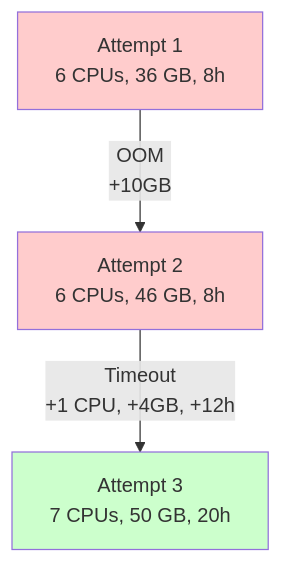
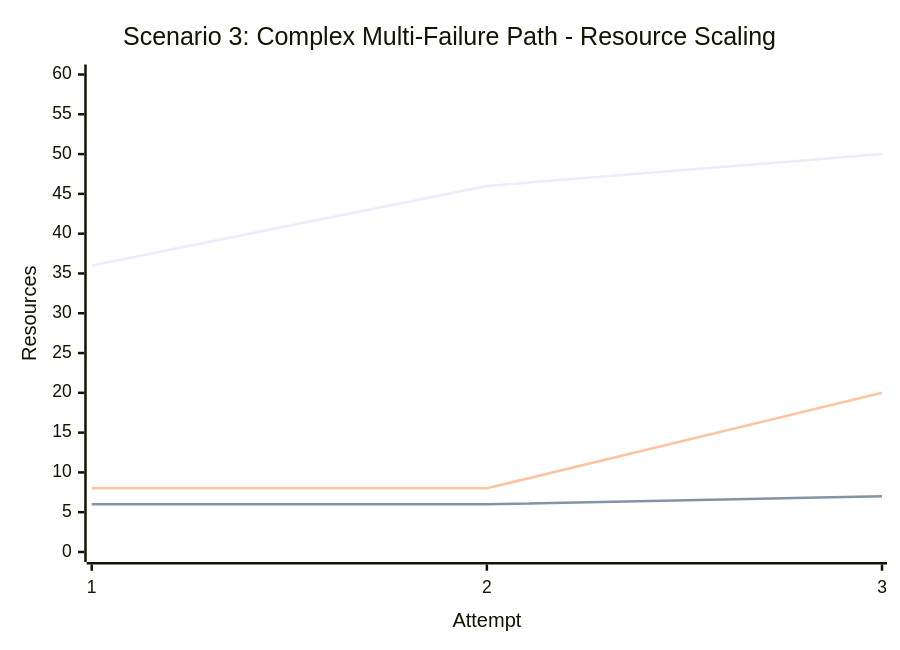
One commit to nf-core/configs changed the third of 3 diagrams in docs/iris.md. Above: the diagram before and after it, drawn with Mermaid. The commit also changed other lines of this file, not shown here.

Commit message:
Add charts instead of flowcharts

````diff
--- a/docs/iris.md
+++ b/docs/iris.md
@@ -207,8 +211,9 @@
 ```mermaid
-graph TD
-    A[Attempt 1<br/>6 CPUs, 36 GB, 8h] -->|OOM<br/>+10GB| B[Attempt 2<br/>6 CPUs, 46 GB, 8h]
-    B -->|Timeout<br/>+1 CPU, +4GB, +12h| C[Attempt 3<br/>7 CPUs, 50 GB, 20h]
-    style A fill:#ffcccc
-    style B fill:#ffcccc
-    style C fill:#ccffcc
+xychart-beta
+    title "Scenario 3: Complex Multi-Failure Path - Resource Scaling"
+    x-axis "Attempt" [1, 2, 3]
+    y-axis "Resources" 0 --> 60
+    line "Memory (GB)" [36, 46, 50]
+    line "CPUs" [6, 6, 7]
+    line "Time (hours)" [8, 8, 20]
 ```
````
